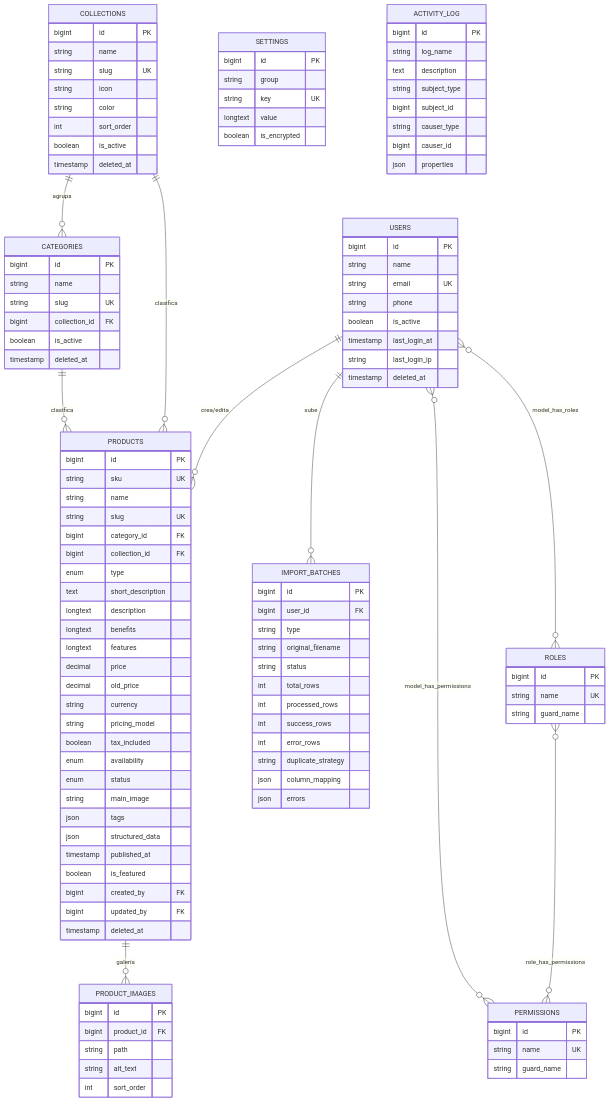
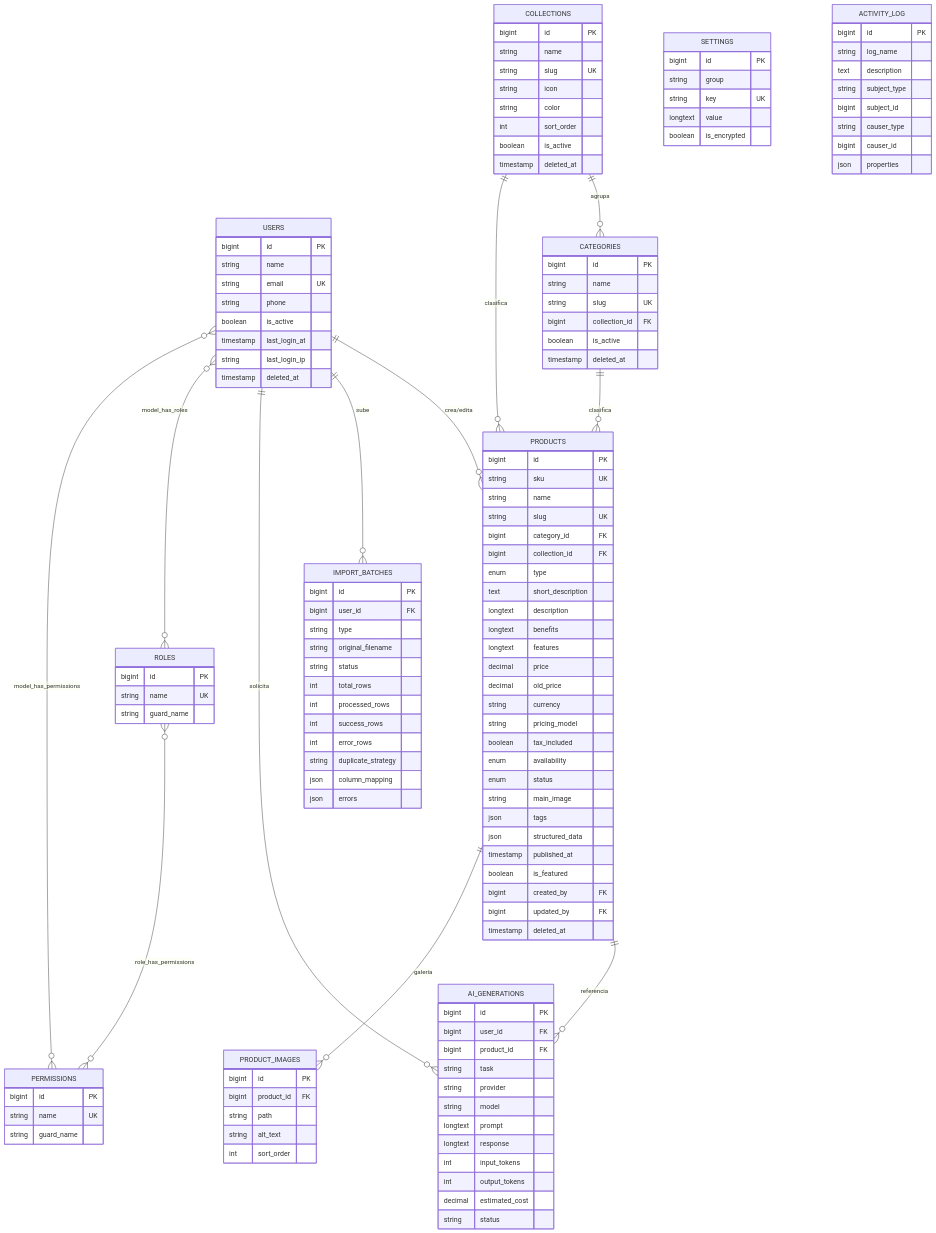
Before and after one commit to fcmmx/nodo-catalog-manager: the diagram in DATABASE-DIAGRAM.md, drawn with Mermaid. The commit also changed other lines of this file and 32 other files, not shown here.

```diff
--- a/DATABASE-DIAGRAM.md
+++ b/DATABASE-DIAGRAM.md
@@ -6,6 +6,8 @@
 erDiagram
     USERS ||--o{ PRODUCTS : "crea/edita"
     USERS ||--o{ IMPORT_BATCHES : "sube"
+    USERS ||--o{ AI_GENERATIONS : "solicita"
+    PRODUCTS ||--o{ AI_GENERATIONS : "referencia"
     COLLECTIONS ||--o{ CATEGORIES : "agrupa"
     COLLECTIONS ||--o{ PRODUCTS : "clasifica"
     CATEGORIES ||--o{ PRODUCTS : "clasifica"
@@ -105,6 +107,21 @@
         boolean is_encrypted
     }
 
+    AI_GENERATIONS {
+        bigint id PK
+        bigint user_id FK
+        bigint product_id FK
+        string task
+        string provider
+        string model
+        longtext prompt
+        longtext response
+        int input_tokens
+        int output_tokens
+        decimal estimated_cost
+        string status
+    }
+
     ROLES {
         bigint id PK
         string name UK
```
